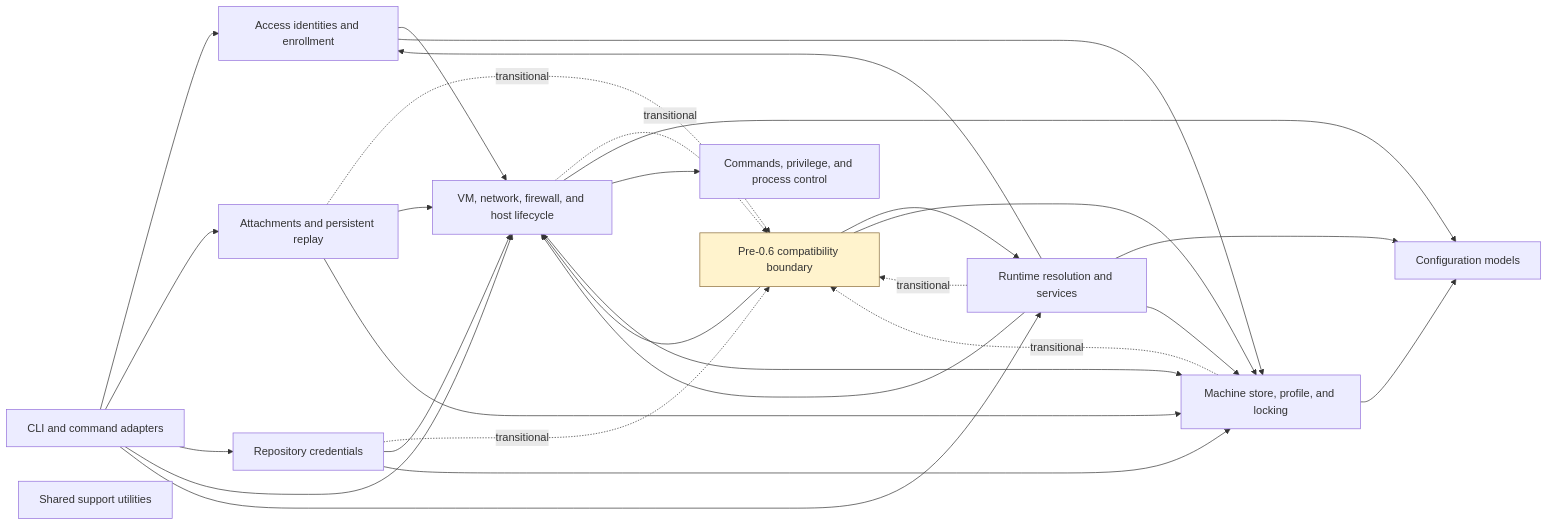
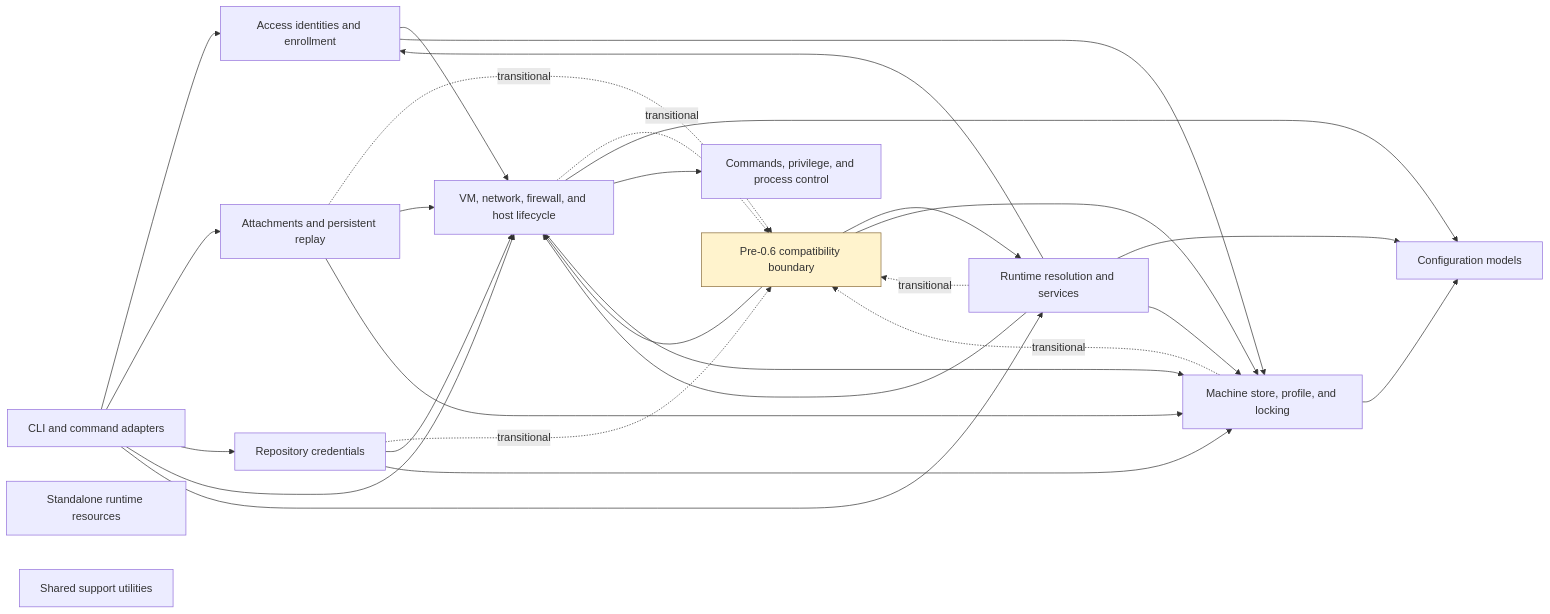
One commit to Erotemic/aivm changed the diagram in docs/architecture/generated/component-dependencies.mmd. Above: the diagram before and after it, drawn with Mermaid. The commit also changed 44 other files, not shown here.

```diff
--- a/docs/architecture/generated/component-dependencies.mmd
+++ b/docs/architecture/generated/component-dependencies.mmd
@@ -1,46 +1,47 @@
 %% GENERATED FILE - DO NOT EDIT
 %% source: Python imports under aivm/
 %% generation schema: 2
 flowchart LR
     access["Access identities and enrollment"]
     attachments["Attachments and persistent replay"]
     cli["CLI and command adapters"]
     compatibility["Pre-0.6 compatibility boundary"]
     config_model["Configuration models"]
     credentials["Repository credentials"]
     execution["Commands, privilege, and process control"]
     lifecycle["VM, network, firewall, and host lifecycle"]
     orchestration["Runtime resolution and services"]
     persistence["Machine store, profile, and locking"]
+    runtime_resources["Standalone runtime resources"]
     support["Shared support utilities"]
     access --> lifecycle
     access --> persistence
     attachments -.->|transitional| compatibility
     attachments --> lifecycle
     attachments --> persistence
     cli --> access
     cli --> attachments
     cli --> credentials
     cli --> lifecycle
     cli --> orchestration
     compatibility --> lifecycle
     compatibility --> orchestration
     compatibility --> persistence
     credentials -.->|transitional| compatibility
     credentials --> lifecycle
     credentials --> persistence
     lifecycle -.->|transitional| compatibility
     lifecycle --> config_model
     lifecycle --> execution
     lifecycle --> persistence
     orchestration --> access
     orchestration -.->|transitional| compatibility
     orchestration --> config_model
     orchestration --> lifecycle
     orchestration --> persistence
     persistence -.->|transitional| compatibility
     persistence --> config_model
     classDef compatibility fill:#fff3cd,stroke:#8a6d3b;
     class compatibility compatibility;
 
 %% The complete edge inventory is component-edges.json.
```
